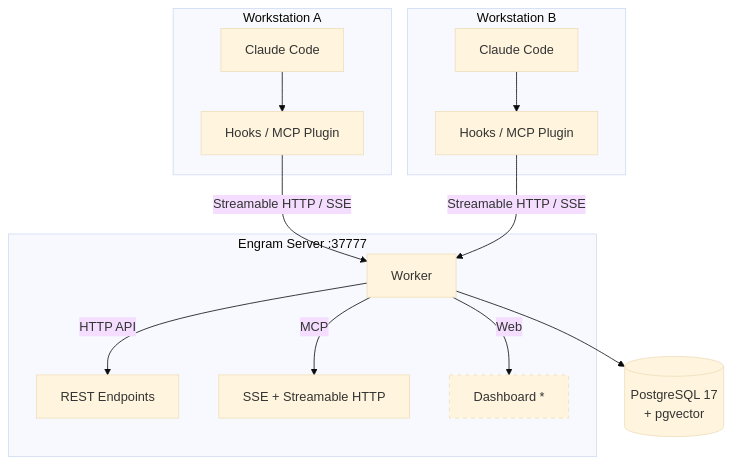
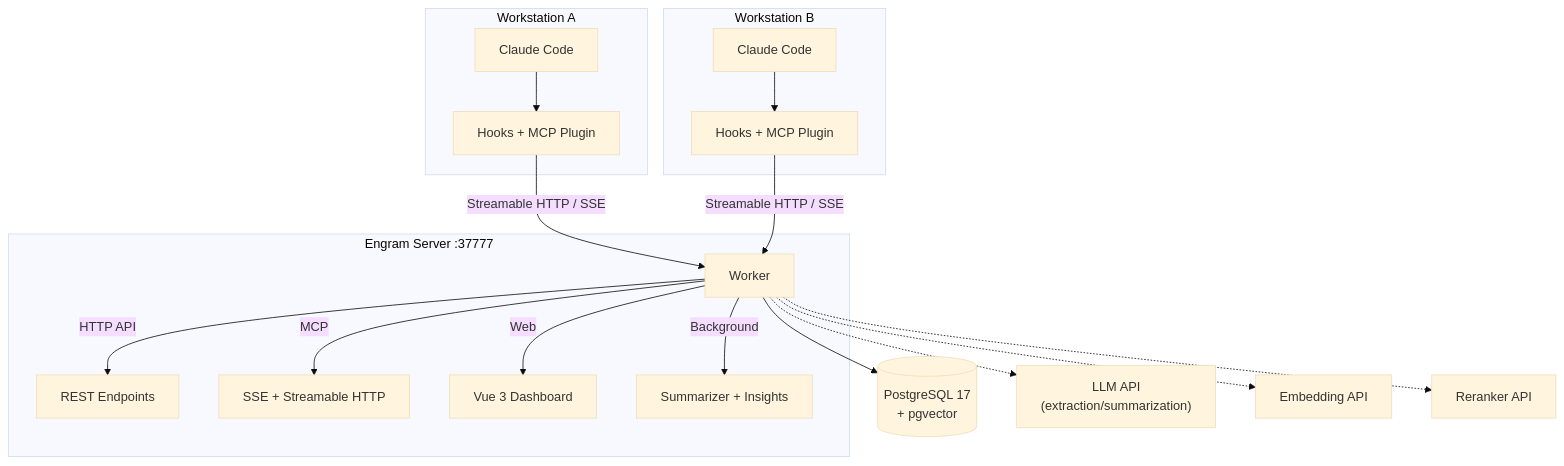
One commit to thebtf/engram changed the diagram in README.md. Above: the diagram before and after it, drawn with Mermaid (base theme). The commit also changed other lines of this file and 3 other files, not shown here.

````diff
--- a/README.md
+++ b/README.md
@@ -21,28 +49,30 @@
 ```mermaid
 graph TB
     subgraph "Workstation A"
         CC_A[Claude Code]
-        H_A[Hooks / MCP Plugin]
+        H_A[Hooks + MCP Plugin]
         CC_A --> H_A
     end
 
     subgraph "Workstation B"
         CC_B[Claude Code]
-        H_B[Hooks / MCP Plugin]
+        H_B[Hooks + MCP Plugin]
         CC_B --> H_B
     end
 
     H_A -- "Streamable HTTP / SSE" --> Server
     H_B -- "Streamable HTTP / SSE" --> Server
 
     subgraph "Engram Server :37777"
         Server[Worker]
         Server --> |HTTP API| API[REST Endpoints]
         Server --> |MCP| MCP_T["SSE + Streamable HTTP"]
-        Server --> |Web| Dash["Dashboard *"]
+        Server --> |Web| Dash["Vue 3 Dashboard"]
+        Server --> |Background| BG["Summarizer + Insights"]
     end
 
     Server --> PG[(PostgreSQL 17\n+ pgvector)]
-
-    style Dash stroke-dasharray: 5 5
+    Server -.-> LLM["LLM API\n(extraction/summarization)"]
+    Server -.-> EMB["Embedding API"]
+    Server -.-> RR["Reranker API"]
 ```
````
